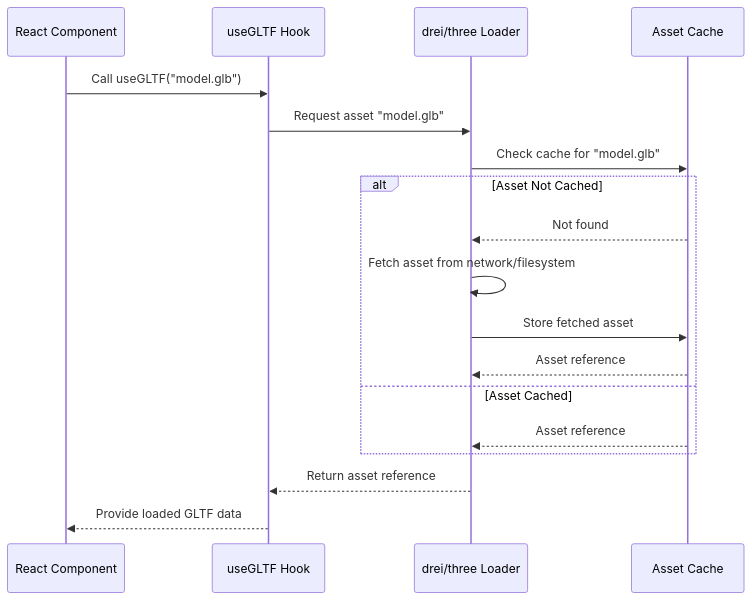
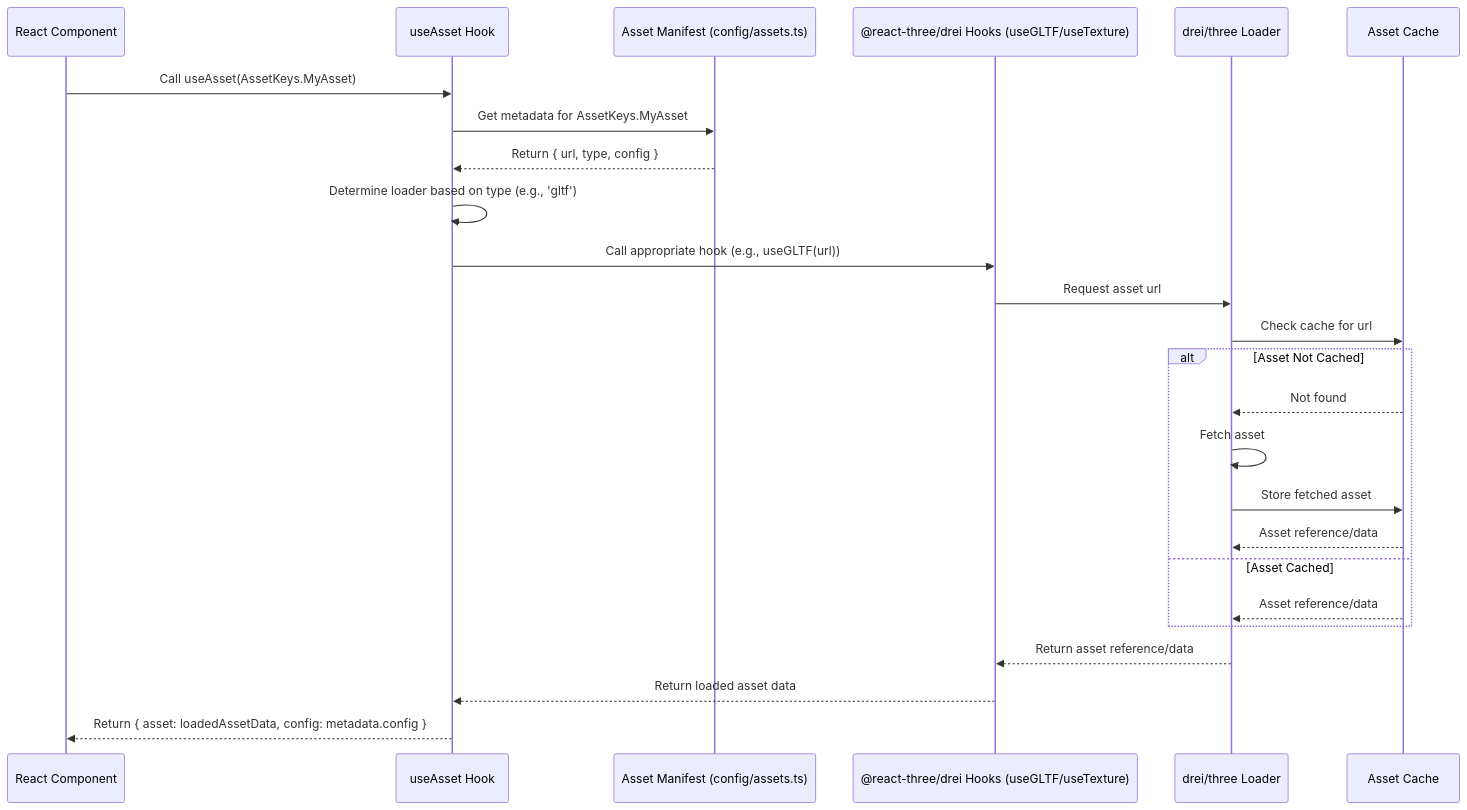
The diagram in docs/architecture/assets.md (jonit-dev/vibe-coder-3d), drawn with Mermaid before and after one commit. The commit also changed other lines of this file, not shown here.

````diff
--- a/docs/architecture/assets.md
+++ b/docs/architecture/assets.md
@@ -33,22 +120,28 @@
 ```mermaid
 sequenceDiagram
     participant Comp as React Component
-    participant Hook as useGLTF Hook
+    participant Hook as useAsset Hook
+    participant Manifest as Asset Manifest (config/assets.ts)
+    participant Drei as @react-three/drei Hooks (useGLTF/useTexture)
     participant Loader as drei/three Loader
     participant Cache as Asset Cache
 
-    Comp->>Hook: Call useGLTF("model.glb")
-    Hook->>Loader: Request asset "model.glb"
-    Loader->>Cache: Check cache for "model.glb"
+    Comp->>Hook: Call useAsset(AssetKeys.MyAsset)
+    Hook->>Manifest: Get metadata for AssetKeys.MyAsset
+    Manifest-->>Hook: Return { url, type, config }
+    Hook->>Hook: Determine loader based on type (e.g., 'gltf')
+    Hook->>Drei: Call appropriate hook (e.g., useGLTF(url))
+    Drei->>Loader: Request asset url
+    Loader->>Cache: Check cache for url
     alt Asset Not Cached
         Cache-->>Loader: Not found
-        Loader->>Loader: Fetch asset from network/filesystem
+        Loader->>Loader: Fetch asset
         Loader->>Cache: Store fetched asset
-        Cache-->>Loader: Asset reference
+        Cache-->>Loader: Asset reference/data
     else Asset Cached
-        Cache-->>Loader: Asset reference
+        Cache-->>Loader: Asset reference/data
     end
-    Loader-->>Hook: Return asset reference
-    Hook-->>Comp: Provide loaded GLTF data
-
+    Loader-->>Drei: Return asset reference/data
+    Drei-->>Hook: Return loaded asset data
+    Hook-->>Comp: Return { asset: loadedAssetData, config: metadata.config }
 ```
````
